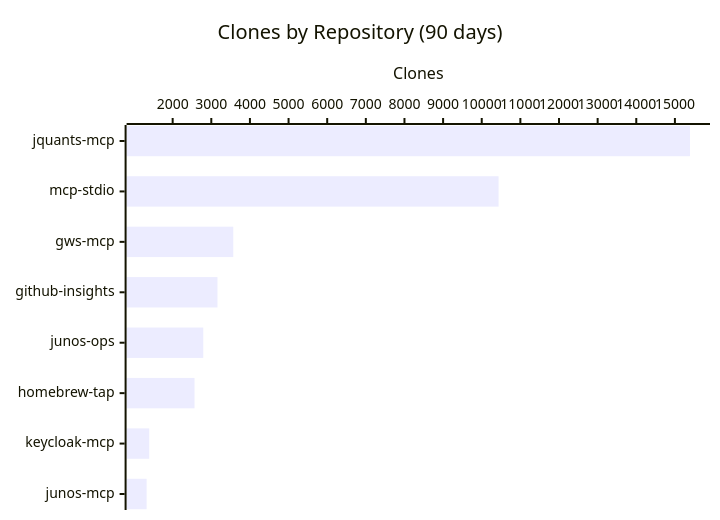
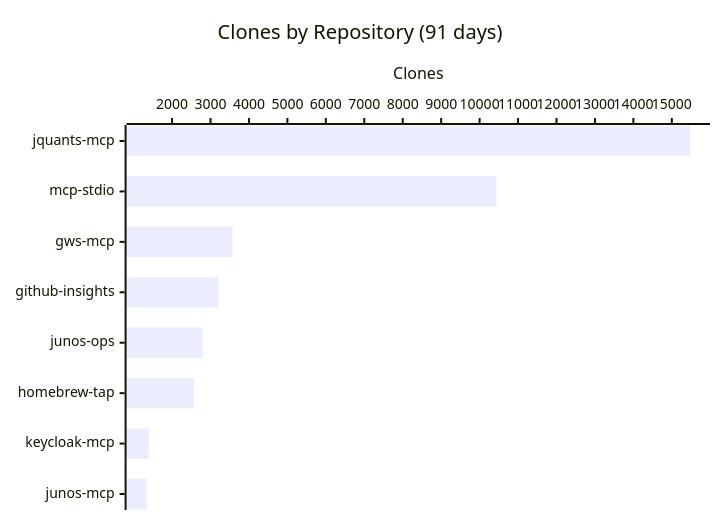
The third of 3 diagrams in README.md (shigechika/github-insights), drawn with Mermaid before and after one commit. The commit also changed other lines of this file and 2 other files, not shown here.

````diff
--- a/README.md
+++ b/README.md
@@ -43,7 +43,7 @@
 ```mermaid
 xychart-beta horizontal
-    title "Clones by Repository (90 days)"
+    title "Clones by Repository (91 days)"
     x-axis ["jquants-mcp", "mcp-stdio", "gws-mcp", "github-insights", "junos-ops", "homebrew-tap", "keycloak-mcp", "junos-mcp"]
     y-axis "Clones"
-    bar [15390, 10436, 3569, 3160, 2792, 2566, 1393, 1326]
+    bar [15472, 10441, 3573, 3206, 2793, 2567, 1398, 1338]
 ```
````
